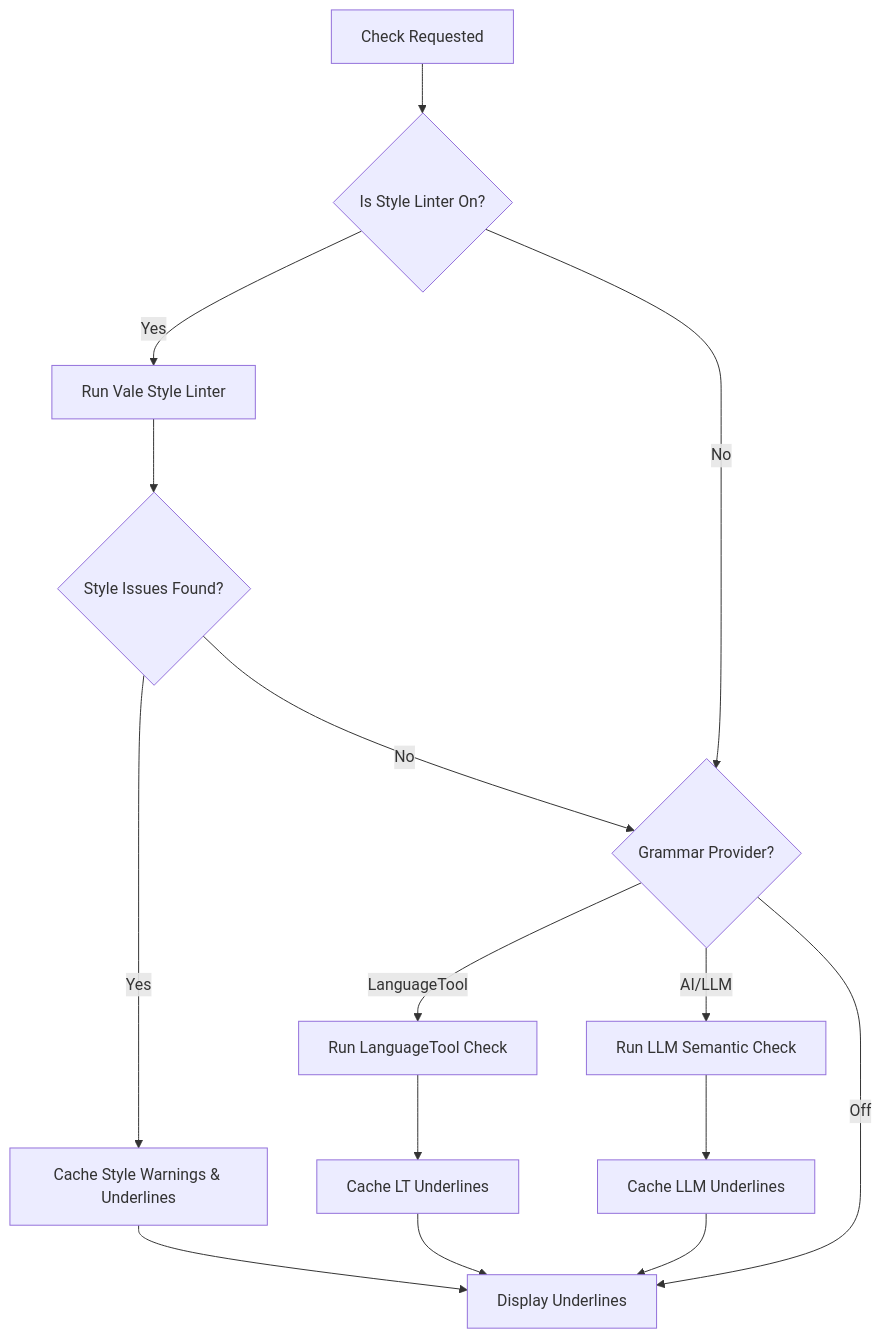
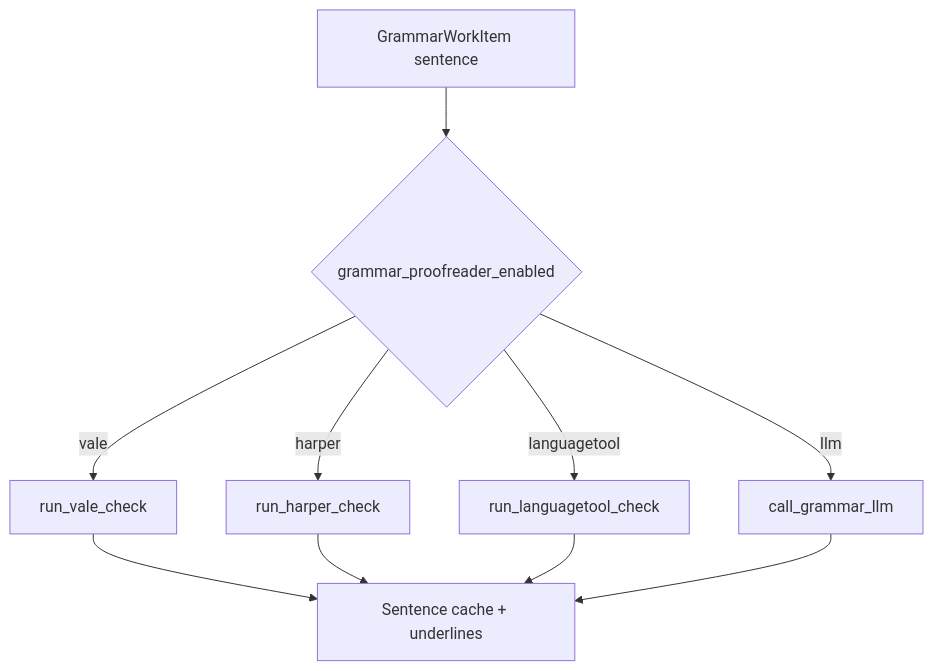
The diagram in docs/vale-style-linter-integration-dev-plan.md (KeithCu/writeragent), drawn with Mermaid before and after one commit. The commit also changed other lines of this file, not shown here.

Commit message:
update vale docs

````diff
--- a/docs/vale-style-linter-integration-dev-plan.md
+++ b/docs/vale-style-linter-integration-dev-plan.md
@@ -187,21 +66,12 @@
 ```mermaid
 flowchart TD
-    Start[Check Requested] --> Step1{Is Style Linter On?}
-    Step1 -->|Yes| Vale[Run Vale Style Linter]
-    Step1 -->|No| Step2
-    
-    Vale --> Step1Check{Style Issues Found?}
-    Step1Check -->|Yes| CacheStyle[Cache Style Warnings & Underlines]
-    Step1Check -->|No| Step2{Grammar Provider?}
-    
-    Step2 -->|LanguageTool| LT[Run LanguageTool Check]
-    Step2 -->|AI/LLM| LLM[Run LLM Semantic Check]
-    Step2 -->|Off| Done[Display Underlines]
-    
-    LT --> CacheLT[Cache LT Underlines]
-    LLM --> CacheLLM[Cache LLM Underlines]
-    
-    CacheStyle --> Done
-    CacheLT --> Done
-    CacheLLM --> Done
+  Queue[GrammarWorkItem sentence] --> Provider{grammar_proofreader_enabled}
+  Provider -->|vale| Vale[run_vale_check]
+  Provider -->|harper| Harper[run_harper_check]
+  Provider -->|languagetool| LT[run_languagetool_check]
+  Provider -->|llm| LLM[call_grammar_llm]
+  Vale --> Cache[Sentence cache + underlines]
+  Harper --> Cache
+  LT --> Cache
+  LLM --> Cache
 ```
````
